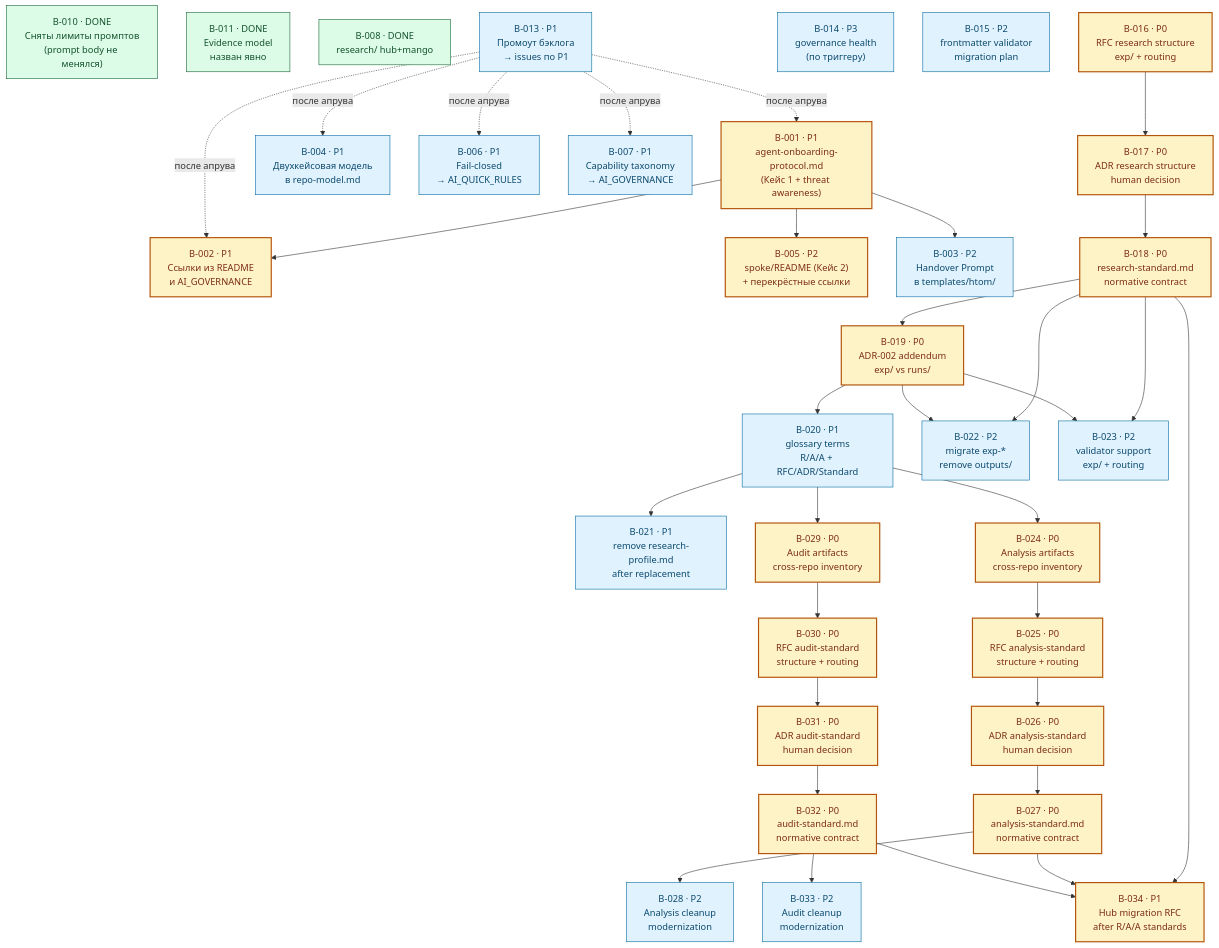
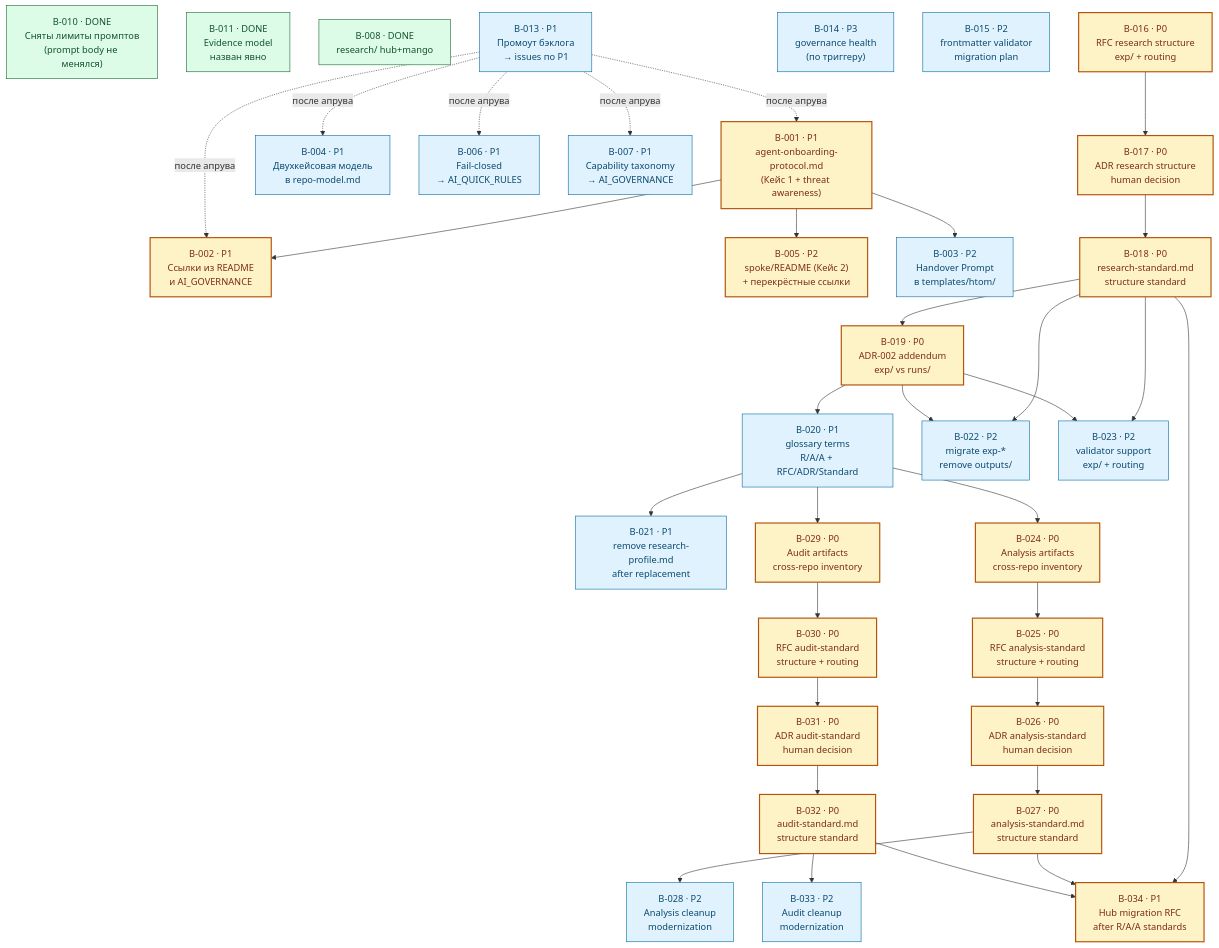
The diagram in governance/backlog.md (G-Ivan-A/hybrid-Intelligence-lab), drawn with Mermaid before and after one commit. The commit also changed other lines of this file and 10 other files, not shown here.

````diff
--- a/governance/backlog.md
+++ b/governance/backlog.md
@@ -1844,78 +1846,78 @@
 ```mermaid
 flowchart TD
     B010["B-010 · DONE<br/>Сняты лимиты промптов<br/>(prompt body не менялся)"]
     B001["B-001 · P1<br/>agent-onboarding-protocol.md<br/>(Кейс 1 + threat awareness)"]
     B002["B-002 · P1<br/>Ссылки из README<br/>и AI_GOVERNANCE"]
     B005["B-005 · P2<br/>spoke/README (Кейс 2)<br/>+ перекрёстные ссылки"]
 
     B003["B-003 · P2<br/>Handover Prompt<br/>в templates/htom/"]
     B004["B-004 · P1<br/>Двухкейсовая модель<br/>в repo-model.md"]
     B006["B-006 · P1<br/>Fail-closed<br/>→ AI_QUICK_RULES"]
     B007["B-007 · P1<br/>Capability taxonomy<br/>→ AI_GOVERNANCE"]
     B011["B-011 · DONE<br/>Evidence model<br/>назван явно"]
     B008["B-008 · DONE<br/>research/ hub+mango"]
     B013["B-013 · P1<br/>Промоут бэклога<br/>→ issues по P1"]
     B014["B-014 · P3<br/>governance health<br/>(по триггеру)"]
     B015["B-015 · P2<br/>frontmatter validator<br/>migration plan"]
     B016["B-016 · P0<br/>RFC research structure<br/>exp/ + routing"]
     B017["B-017 · P0<br/>ADR research structure<br/>human decision"]
-    B018["B-018 · P0<br/>research-standard.md<br/>normative contract"]
+    B018["B-018 · P0<br/>research-standard.md<br/>structure standard"]
     B019["B-019 · P0<br/>ADR-002 addendum<br/>exp/ vs runs/"]
     B020["B-020 · P1<br/>glossary terms<br/>R/A/A + RFC/ADR/Standard"]
     B021["B-021 · P1<br/>remove research-profile.md<br/>after replacement"]
     B022["B-022 · P2<br/>migrate exp-*<br/>remove outputs/"]
     B023["B-023 · P2<br/>validator support<br/>exp/ + routing"]
     B024["B-024 · P0<br/>Analysis artifacts<br/>cross-repo inventory"]
     B025["B-025 · P0<br/>RFC analysis-standard<br/>structure + routing"]
     B026["B-026 · P0<br/>ADR analysis-standard<br/>human decision"]
-    B027["B-027 · P0<br/>analysis-standard.md<br/>normative contract"]
+    B027["B-027 · P0<br/>analysis-standard.md<br/>structure standard"]
     B028["B-028 · P2<br/>Analysis cleanup<br/>modernization"]
     B029["B-029 · P0<br/>Audit artifacts<br/>cross-repo inventory"]
     B030["B-030 · P0<br/>RFC audit-standard<br/>structure + routing"]
     B031["B-031 · P0<br/>ADR audit-standard<br/>human decision"]
-    B032["B-032 · P0<br/>audit-standard.md<br/>normative contract"]
+    B032["B-032 · P0<br/>audit-standard.md<br/>structure standard"]
     B033["B-033 · P2<br/>Audit cleanup<br/>modernization"]
     B034["B-034 · P1<br/>Hub migration RFC<br/>after R/A/A standards"]
 
     %% Критический путь
     B001 --> B002
     B001 --> B005
     B016 --> B017
     B017 --> B018
     B018 --> B019
     B019 --> B020
     B020 --> B021
     B020 --> B024
     B024 --> B025
     B025 --> B026
     B026 --> B027
     B027 --> B028
     B020 --> B029
     B029 --> B030
     B030 --> B031
     B031 --> B032
     B032 --> B033
     B018 --> B034
     B027 --> B034
     B032 --> B034
 
     %% Прочие зависимости
     B001 --> B003
     B018 --> B022
     B019 --> B022
     B018 --> B023
     B019 --> B023
     B013 -. "после апрува" .-> B001
     B013 -. "после апрува" .-> B002
     B013 -. "после апрува" .-> B004
     B013 -. "после апрува" .-> B006
     B013 -. "после апрува" .-> B007
 
     classDef crit fill:#fef3c7,stroke:#b45309,color:#7c2d12,stroke-width:2px;
     classDef norm fill:#e0f2fe,stroke:#0369a1,color:#0c4a6e;
     classDef done fill:#dcfce7,stroke:#166534,color:#14532d;
 
     class B001,B002,B005,B016,B017,B018,B019,B024,B025,B026,B027,B029,B030,B031,B032,B034 crit;
     class B003,B004,B006,B007,B013,B014,B015,B020,B021,B022,B023,B028,B033 norm;
     class B008,B010,B011 done;
 ```
````
